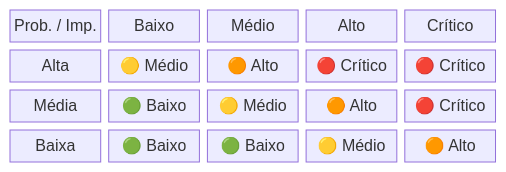
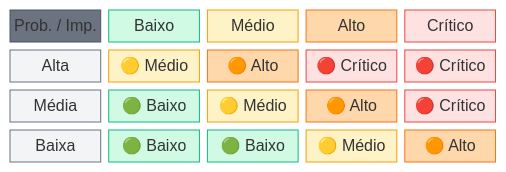
The diagram in docs/plano-modernizacao/05-riscos-mitigacoes.md (Evilazaro/Azure-LogicApps-Monitoring), drawn with Mermaid before and after one commit. The commit also changed 6 other files, not shown here.

````diff
--- a/docs/plano-modernizacao/05-riscos-mitigacoes.md
+++ b/docs/plano-modernizacao/05-riscos-mitigacoes.md
@@ -70,19 +70,41 @@
 ```mermaid
 ---
 title: Matriz de Severidade (Probabilidade x Impacto)
 ---
 block-beta
   columns 5
 
   %% ===== CABEÇALHO =====
   EIXOS["Prob. / Imp."]:1 B["Baixo"]:1 M["Médio"]:1 A["Alto"]:1 C["Crítico"]:1
 
   %% ===== LINHA PROBABILIDADE ALTA =====
   PA["Alta"]:1 PA_B["🟡 Médio"]:1 PA_M["🟠 Alto"]:1 PA_A["🔴 Crítico"]:1 PA_C["🔴 Crítico"]:1
 
   %% ===== LINHA PROBABILIDADE MÉDIA =====
   PM["Média"]:1 PM_B["🟢 Baixo"]:1 PM_M["🟡 Médio"]:1 PM_A["🟠 Alto"]:1 PM_C["🔴 Crítico"]:1
 
   %% ===== LINHA PROBABILIDADE BAIXA =====
   PB["Baixa"]:1 PB_B["🟢 Baixo"]:1 PB_M["🟢 Baixo"]:1 PB_A["🟡 Médio"]:1 PB_C["🟠 Alto"]:1
+
+  %% ===== ESTILOS =====
+  style EIXOS fill:#6B7280,stroke:#4B5563,color:#FFFFFF
+  style B fill:#D1FAE5,stroke:#10B981,color:#000000
+  style M fill:#FEF3C7,stroke:#F59E0B,color:#000000
+  style A fill:#FED7AA,stroke:#F97316,color:#000000
+  style C fill:#FEE2E2,stroke:#EF4444,color:#000000
+  style PA fill:#F3F4F6,stroke:#6B7280,color:#000000
+  style PM fill:#F3F4F6,stroke:#6B7280,color:#000000
+  style PB fill:#F3F4F6,stroke:#6B7280,color:#000000
+  style PA_B fill:#FEF3C7,stroke:#F59E0B,color:#000000
+  style PA_M fill:#FED7AA,stroke:#F97316,color:#000000
+  style PA_A fill:#FEE2E2,stroke:#EF4444,color:#000000
+  style PA_C fill:#FEE2E2,stroke:#EF4444,color:#000000
+  style PM_B fill:#D1FAE5,stroke:#10B981,color:#000000
+  style PM_M fill:#FEF3C7,stroke:#F59E0B,color:#000000
+  style PM_A fill:#FED7AA,stroke:#F97316,color:#000000
+  style PM_C fill:#FEE2E2,stroke:#EF4444,color:#000000
+  style PB_B fill:#D1FAE5,stroke:#10B981,color:#000000
+  style PB_M fill:#D1FAE5,stroke:#10B981,color:#000000
+  style PB_A fill:#FEF3C7,stroke:#F59E0B,color:#000000
+  style PB_C fill:#FED7AA,stroke:#F97316,color:#000000
 ```
````
